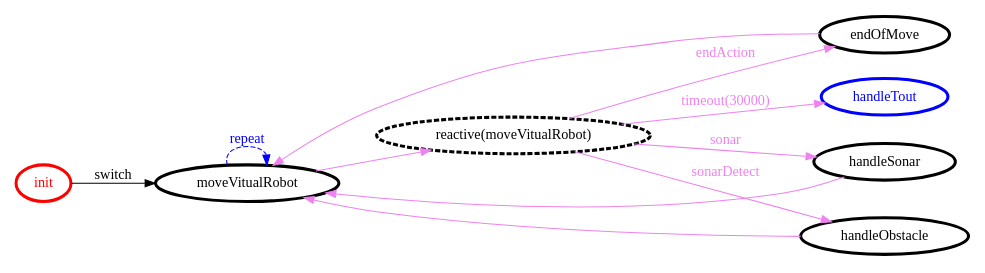
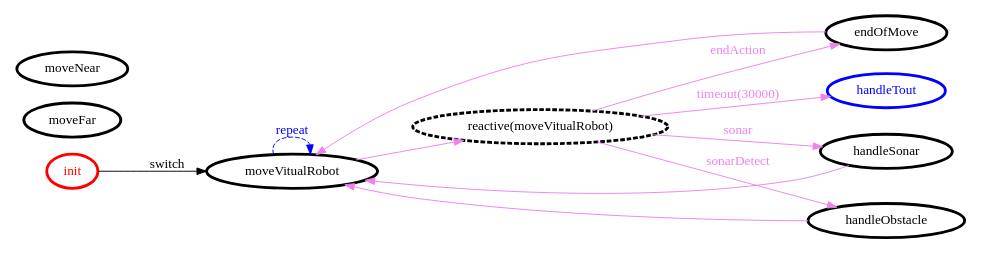
The diagram in it.unibo.qa.integrator/srcMore/it/unibo/rover/rover.gv (anatali/lss0), drawn with Graphviz before and after one commit. The commit also changed 509 other files, not shown here.

```diff
--- a/it.unibo.qa.integrator/srcMore/it/unibo/rover/rover.gv
+++ b/it.unibo.qa.integrator/srcMore/it/unibo/rover/rover.gv
@@ -1,30 +1,32 @@
 /*
 *
 * A GraphViz DOT FSM description 
 * Please use a GraphViz visualizer (like http://www.webgraphviz.com)
 *  
 */
 
 digraph finite_state_machine {
 	rankdir=LR
 	size="8,5"
 	
 	init [ color = red ][ fontcolor = red ][ penwidth = 3 ]
 	handleSonar [ color = black ][ fontcolor = black ][ penwidth = 3 ]
 	endOfMove [ color = black ][ fontcolor = black ][ penwidth = 3 ]
 	handleObstacle [ color = black ][ fontcolor = black ][ penwidth = 3 ]
+	moveFar [ color = black ][ fontcolor = black ][ penwidth = 3 ]
 	moveVitualRobot [ color = black ][ fontcolor = black ][ penwidth = 3 ]
+	moveNear [ color = black ][ fontcolor = black ][ penwidth = 3 ]
 	"reactive(moveVitualRobot)" [ style = dashed ][ color = black ][ fontcolor = black ][ penwidth = 3 ]
 	handleTout [ color = blue ][ fontcolor = blue ][ penwidth = 3 ]
 	
 	endOfMove -> moveVitualRobot[ color = violet ][ fontcolor = violet ]
 	handleSonar -> moveVitualRobot[ color = violet ][ fontcolor = violet ]
 	init -> moveVitualRobot [ label = "switch" ][ color = black ][ fontcolor = black ]
 	"reactive(moveVitualRobot)" -> handleObstacle [ label = "sonarDetect" ][ color = violet ][ fontcolor = violet ]
 	moveVitualRobot -> moveVitualRobot [ label = "repeat "][ style = dashed ][ color = blue ][ fontcolor = blue ]
 	handleObstacle -> moveVitualRobot[ color = violet ][ fontcolor = violet ]
 	"reactive(moveVitualRobot)" -> handleTout [ label = "timeout(30000)" ][ color = violet ][ fontcolor = violet ]
 	"reactive(moveVitualRobot)" -> handleSonar [ label = "sonar" ][ color = violet ][ fontcolor = violet ]
 	"reactive(moveVitualRobot)" -> endOfMove [ label = "endAction" ][ color = violet ][ fontcolor = violet ]
 	moveVitualRobot -> "reactive(moveVitualRobot)" [ label = "" ][ color = violet ][ fontcolor = violet ]
 }
```
